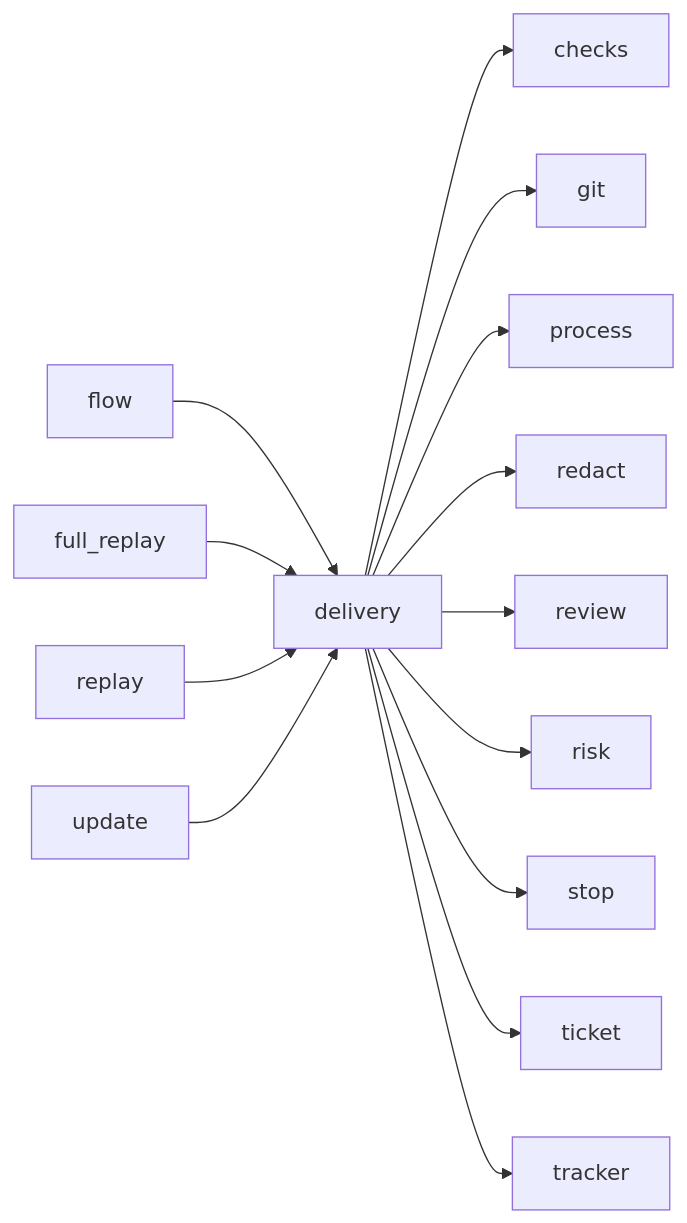
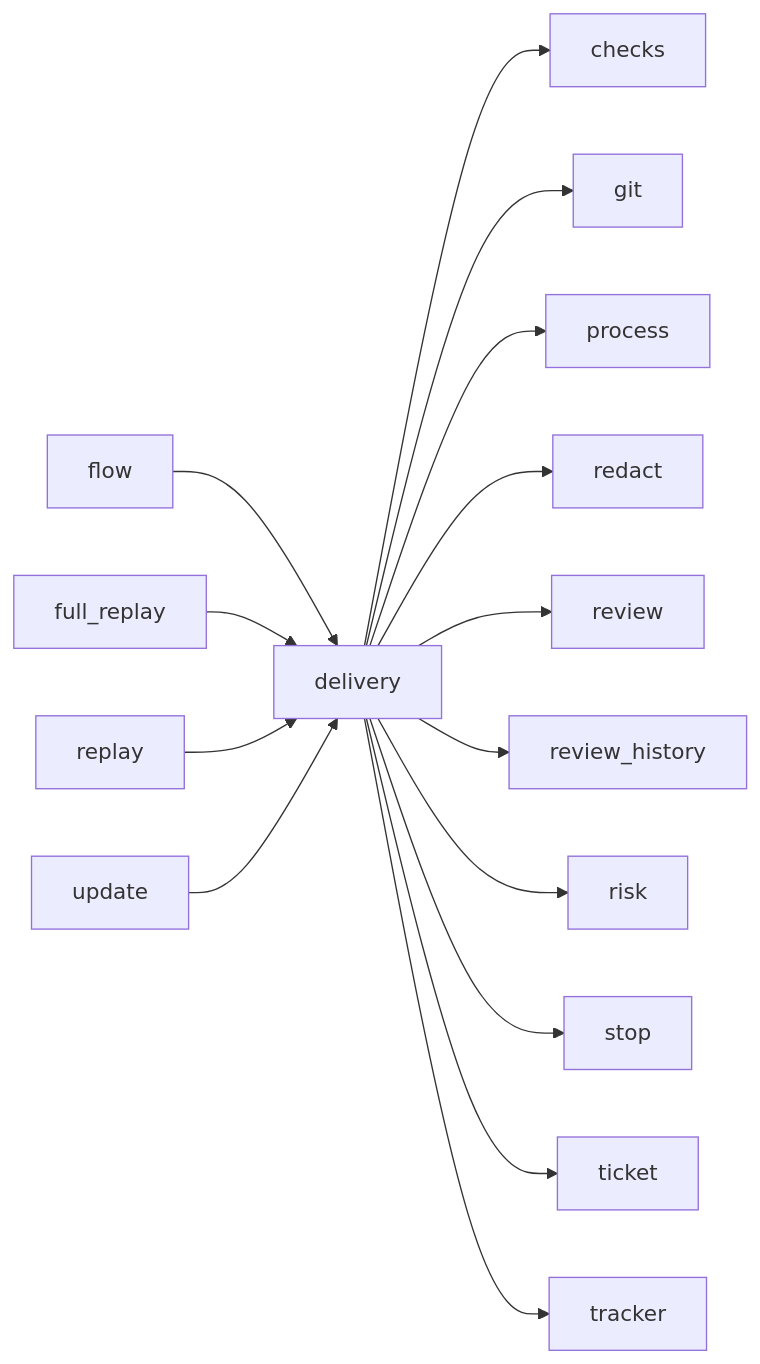
One commit to plaplanche/ariane changed the third of 3 diagrams in docs/architecture/modules/delivery.md. Above: the diagram before and after it, drawn with Mermaid. The commit also changed other lines of this file and 30 other files, not shown here.

````diff
--- a/docs/architecture/modules/delivery.md
+++ b/docs/architecture/modules/delivery.md
@@ -91,16 +91,17 @@
 ```mermaid
 flowchart LR
   delivery --> checks
   delivery --> git
   delivery --> process
   delivery --> redact
   delivery --> review
+  delivery --> review_history
   delivery --> risk
   delivery --> stop
   delivery --> ticket
   delivery --> tracker
   flow --> delivery
   full_replay --> delivery
   replay --> delivery
   update --> delivery
 ```
````
